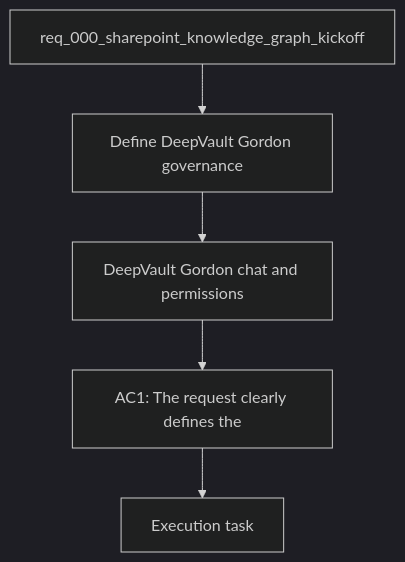
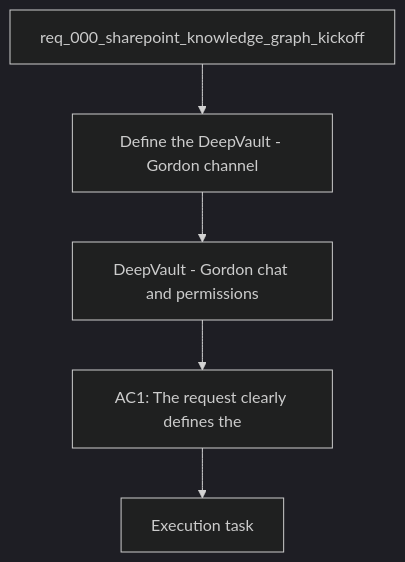
Before and after one commit to AlexAgo83/deepvault: the diagram in logics/backlog/item_004_teams_bot_chat_and_permissions.md, drawn with Mermaid (dark theme). The commit also changed other lines of this file and 28 other files, not shown here.

Commit message:
Align DeepVault docs and UI workflow guardrails

````diff
--- a/logics/backlog/item_004_teams_bot_chat_and_permissions.md
+++ b/logics/backlog/item_004_teams_bot_chat_and_permissions.md
@@ -23,9 +23,9 @@
 ```mermaid
 %% logics-kind: backlog
 %% logics-signature: backlog|deepvault-gordon-chat-and-permissions|req-000-sharepoint-knowledge-graph-kicko|define-the-deepvault-gordon-channel|ac1-the-request-clearly-defines-the
 flowchart TD
-    Request[req_000_sharepoint_knowledge_graph_kickoff] --> Problem[Define DeepVault Gordon governance]
-    Problem --> Scope[DeepVault Gordon chat and permissions]
+    Request[req_000_sharepoint_knowledge_graph_kickoff] --> Problem[Define the DeepVault - Gordon channel]
+    Problem --> Scope[DeepVault - Gordon chat and permissions]
     Scope --> Acceptance[AC1: The request clearly defines the]
     Acceptance --> Tasks[Execution task]
 ```
````
